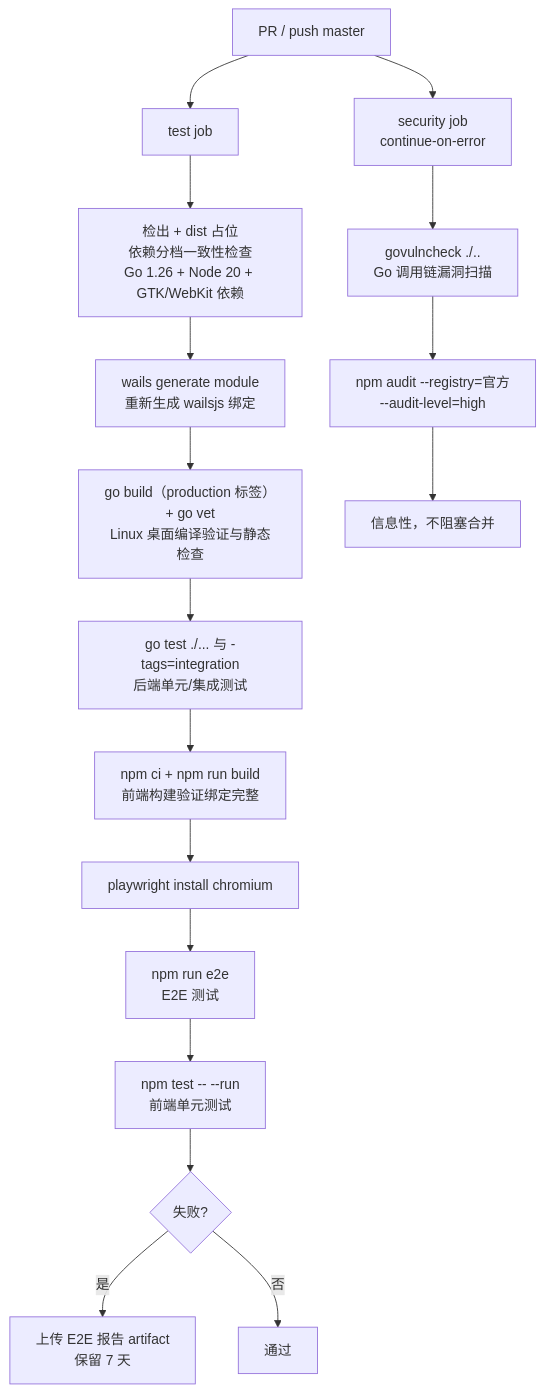
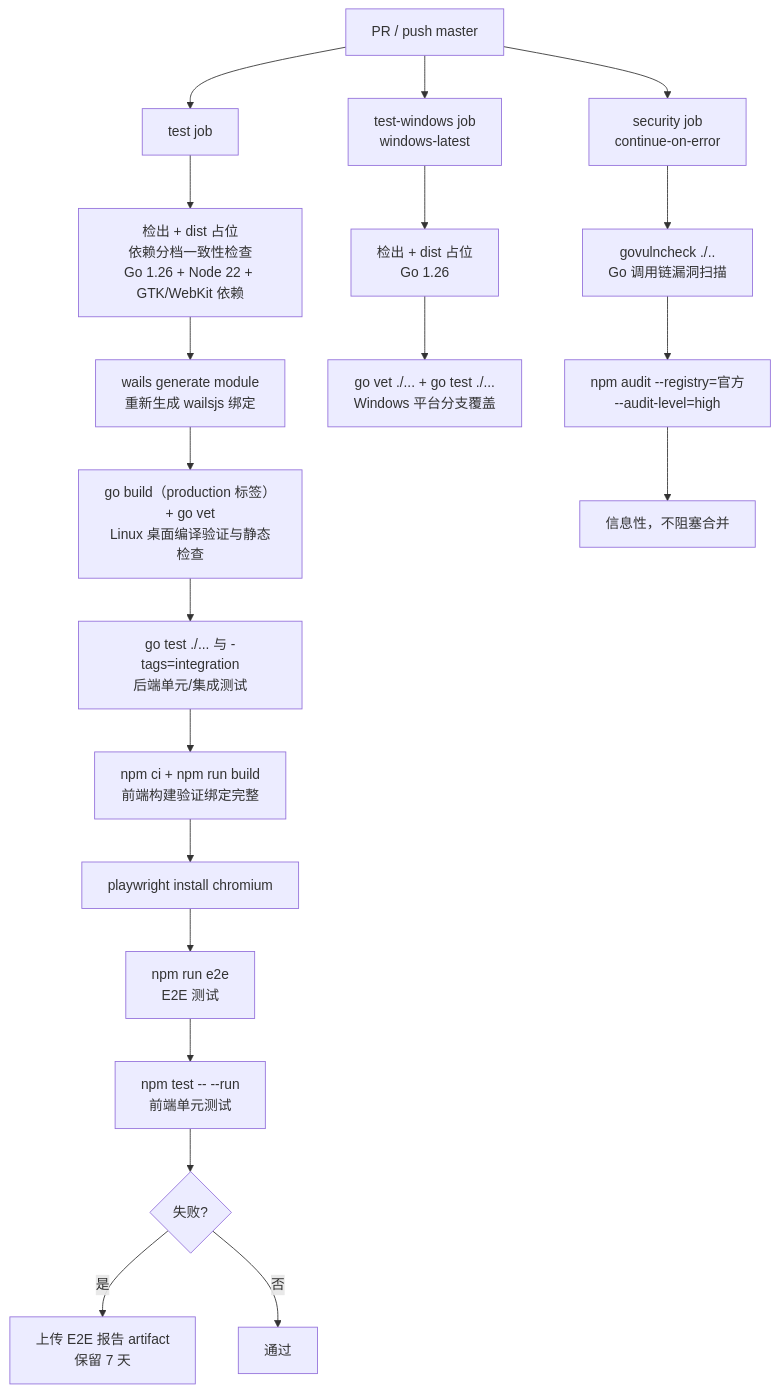
One commit to hello007/workbench changed the second of 2 diagrams in docs/贡献指南.md. Above: the diagram before and after it, drawn with Mermaid. The commit also changed other lines of this file and 7 other files, not shown here.

First line of the commit message:
ci: add windows-latest backend test job

````diff
--- a/docs/贡献指南.md
+++ b/docs/贡献指南.md
@@ -290,21 +290,25 @@
 ```mermaid
 flowchart TD
     PR["PR / push master"] --> TEST["test job"]
     PR --> SEC["security job<br>continue-on-error"]
+    PR --> WIN["test-windows job<br>windows-latest"]
 
-    TEST --> T1["检出 + dist 占位<br>依赖分档一致性检查<br>Go 1.26 + Node 20 + GTK/WebKit 依赖"]
+    TEST --> T1["检出 + dist 占位<br>依赖分档一致性检查<br>Go 1.26 + Node 22 + GTK/WebKit 依赖"]
     T1 --> T2["wails generate module<br>重新生成 wailsjs 绑定"]
     T2 --> T3["go build（production 标签）+ go vet<br>Linux 桌面编译验证与静态检查"]
     T3 --> T4["go test ./... 与 -tags=integration<br>后端单元/集成测试"]
     T4 --> T5["npm ci + npm run build<br>前端构建验证绑定完整"]
     T5 --> T6["playwright install chromium"]
     T6 --> T7["npm run e2e<br>E2E 测试"]
     T7 --> T8["npm test -- --run<br>前端单元测试"]
     T8 --> T9{"失败?"}
     T9 -->|"是"| T10["上传 E2E 报告 artifact<br>保留 7 天"]
     T9 -->|"否"| OK["通过"]
 
+    WIN --> W1["检出 + dist 占位<br>Go 1.26"]
+    W1 --> W2["go vet ./... + go test ./...<br>Windows 平台分支覆盖"]
+
     SEC --> S1["govulncheck ./..<br>Go 调用链漏洞扫描"]
     S1 --> S2["npm audit --registry=官方<br>--audit-level=high"]
     S2 --> SECINFO["信息性，不阻塞合并"]
 ```
````
